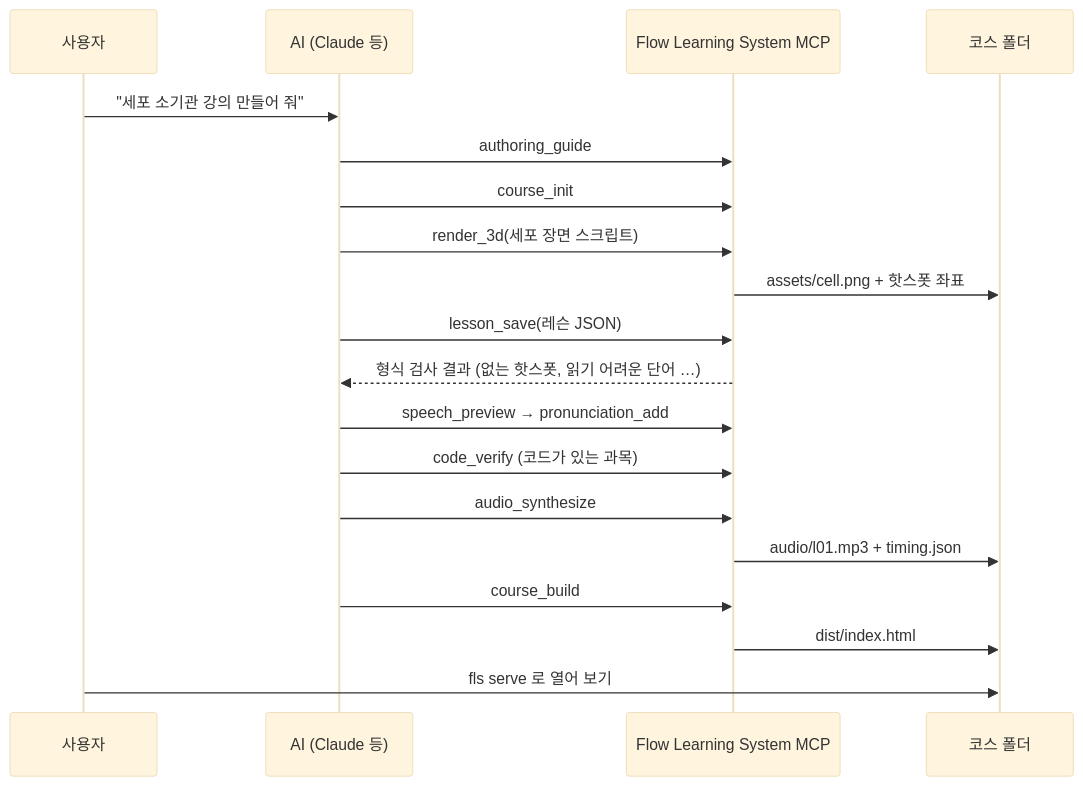
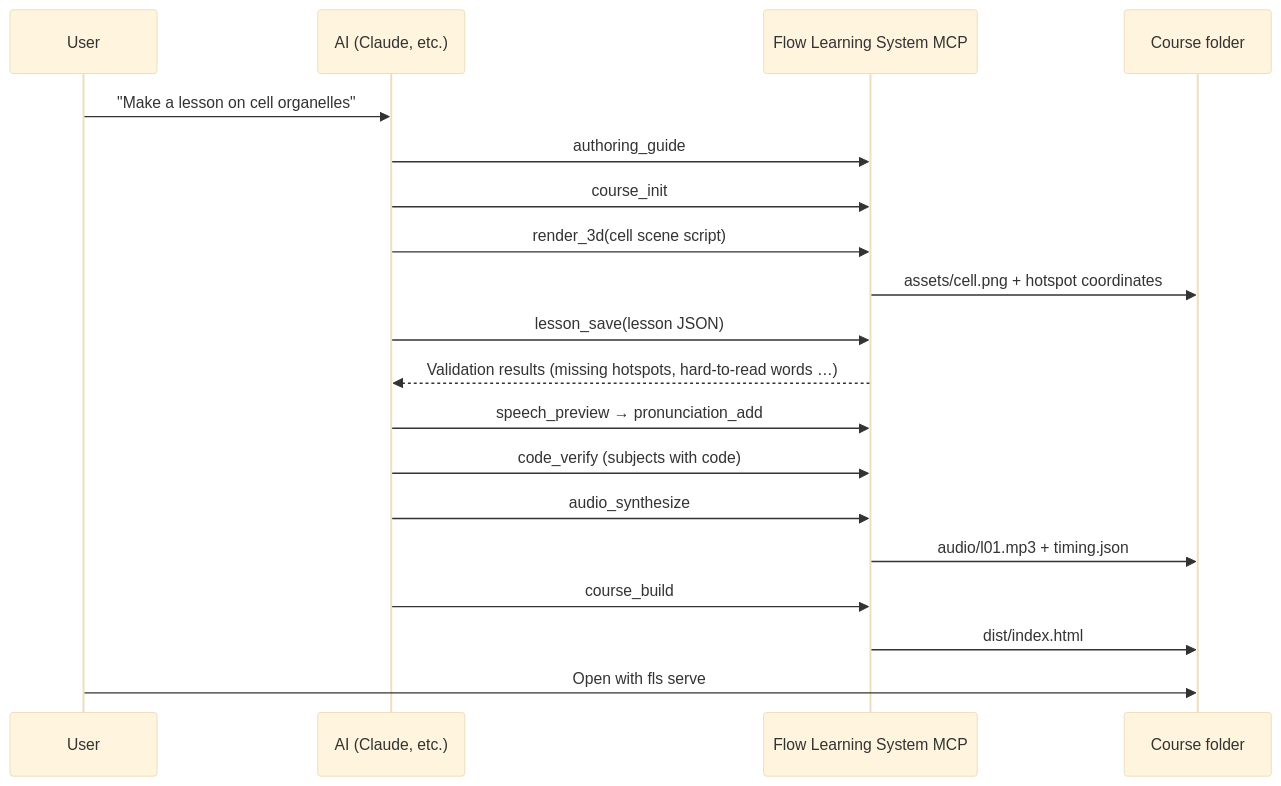
Before and after one commit to ghlee0786/flow-learning-system: the diagram in README.md, drawn with Mermaid (base theme). The commit also changed other lines of this file and 9 other files, not shown here.

````diff
--- a/README.md
+++ b/README.md
@@ -124,21 +128,21 @@
 ```mermaid
 sequenceDiagram
-    participant U as 사용자
-    participant AI as AI (Claude 등)
+    participant U as User
+    participant AI as AI (Claude, etc.)
     participant M as Flow Learning System MCP
-    participant F as 코스 폴더
-    U->>AI: "세포 소기관 강의 만들어 줘"
+    participant F as Course folder
+    U->>AI: "Make a lesson on cell organelles"
     AI->>M: authoring_guide
     AI->>M: course_init
-    AI->>M: render_3d(세포 장면 스크립트)
-    M->>F: assets/cell.png + 핫스폿 좌표
-    AI->>M: lesson_save(레슨 JSON)
-    M-->>AI: 형식 검사 결과 (없는 핫스폿, 읽기 어려운 단어 …)
+    AI->>M: render_3d(cell scene script)
+    M->>F: assets/cell.png + hotspot coordinates
+    AI->>M: lesson_save(lesson JSON)
+    M-->>AI: Validation results (missing hotspots, hard-to-read words …)
     AI->>M: speech_preview → pronunciation_add
-    AI->>M: code_verify (코드가 있는 과목)
+    AI->>M: code_verify (subjects with code)
     AI->>M: audio_synthesize
     M->>F: audio/l01.mp3 + timing.json
     AI->>M: course_build
     M->>F: dist/index.html
-    U->>F: fls serve 로 열어 보기
+    U->>F: Open with fls serve
 ```
````
